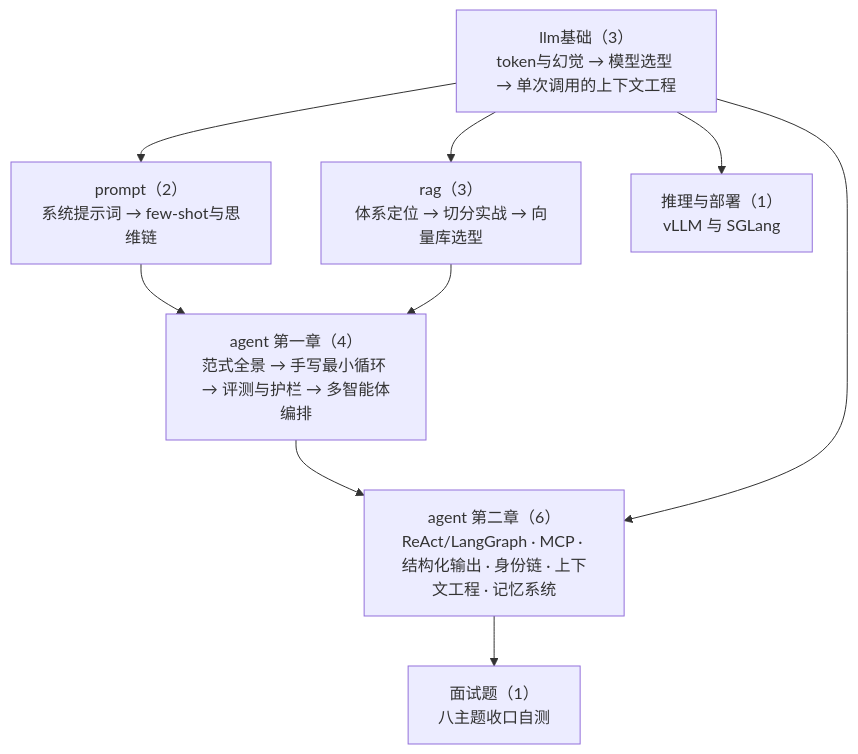
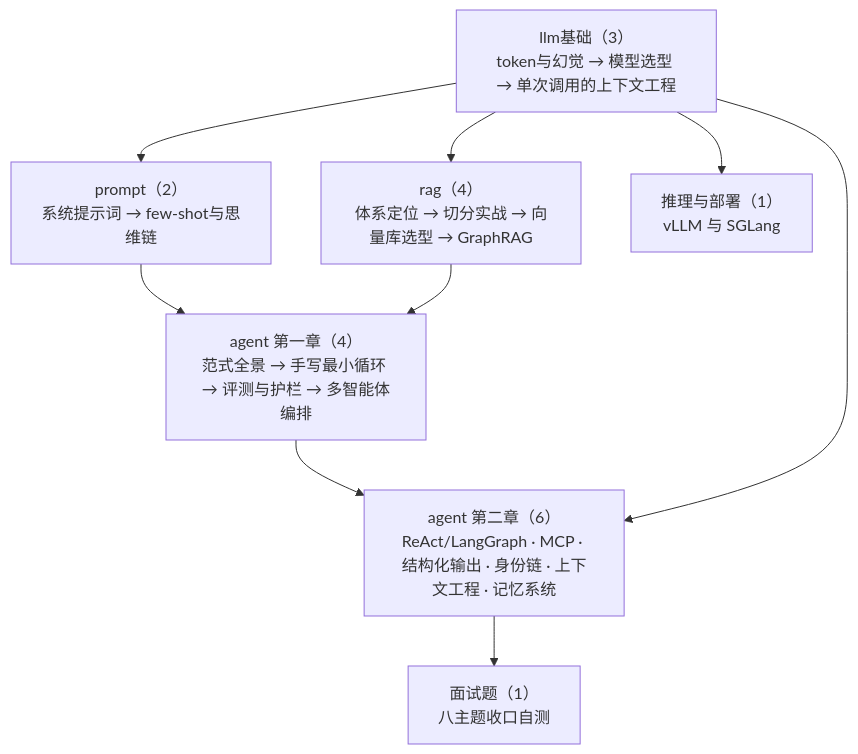
One commit to Mein-Augenstern/MUYI changed the diagram in B-AI工程/README.md. Above: the diagram before and after it, drawn with Mermaid. The commit also changed other lines of this file and 3 other files, not shown here.

Commit message:
B轨rag: 第4篇 GraphRAG与知识图谱检索——多跳/全局概括的解法（社区摘要vs双层检索/增量更新/上图谱决策线），导航四同步至23篇

````diff
--- a/B-AI工程/README.md
+++ b/B-AI工程/README.md
@@ -9,18 +9,18 @@
 ```mermaid
 flowchart TD
     L["llm基础（3）<br/>token与幻觉 → 模型选型 → 单次调用的上下文工程"]
     P["prompt（2）<br/>系统提示词 → few-shot与思维链"]
-    R["rag（3）<br/>体系定位 → 切分实战 → 向量库选型"]
+    R["rag（4）<br/>体系定位 → 切分实战 → 向量库选型 → GraphRAG"]
     A1["agent 第一章（4）<br/>范式全景 → 手写最小循环 → 评测与护栏 → 多智能体编排"]
     A2["agent 第二章（6）<br/>ReAct/LangGraph · MCP · 结构化输出 · 身份链 · 上下文工程 · 记忆系统"]
     INF["推理与部署（1）<br/>vLLM 与 SGLang"]
     IT["面试题（1）<br/>八主题收口自测"]
     L --> P
     L --> R
     P --> A1
     R --> A1
     A1 --> A2
     L --> A2
     A2 --> IT
     L --> INF
 ```
````
